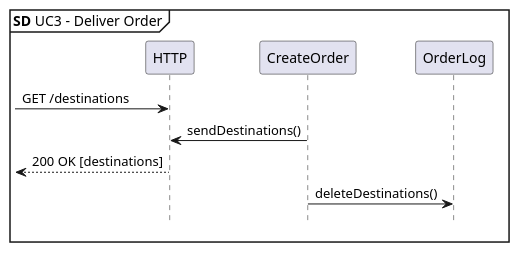
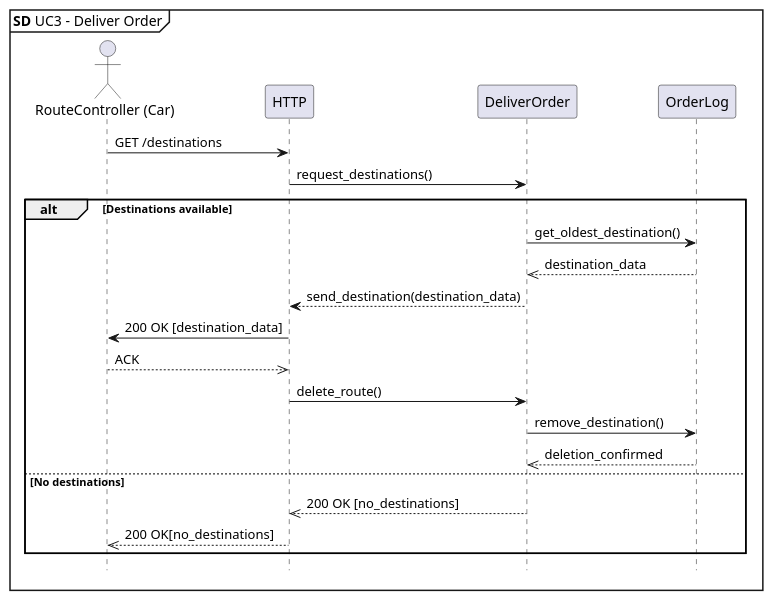
The diagram in docs/diagrams/Plantuml/apModel/uc3sd-server.puml (lineklemensen/PRJ3), drawn with PlantUML before and after one commit. The commit also changed 6 other files, not shown here.

```diff
--- a/docs/diagrams/Plantuml/apModel/uc3sd-server.puml
+++ b/docs/diagrams/Plantuml/apModel/uc3sd-server.puml
@@ -1,15 +1,31 @@
 @startuml SD UC3 - Deliver Order
 
 mainframe **SD** UC3 - Deliver Order
 hide footbox
 
+actor "RouteController (Car)" as rc
 participant HTTP
-participant CreateOrder as sco
-participant OrderLog as ol
+participant "DeliverOrder" as s
+participant "OrderLog" as ol
 
-[-> HTTP : GET /destinations
-sco -> HTTP : sendDestinations()
-[<-- HTTP : 200 OK [destinations]
-sco -> ol : deleteDestinations()
+' Car requests destinations
+rc -> HTTP : GET /destinations
+HTTP -> s : request_destinations()
+alt Destinations available
+    s -> ol : get_oldest_destination()
+    ol -->> s : destination_data
+    s --> HTTP : send_destination(destination_data)
+    HTTP -> rc : 200 OK [destination_data]
+
+    ' Car deletes route after receiving
+    rc -->> HTTP : ACK
+    HTTP -> s : delete_route()
+    s -> ol : remove_destination()
+    ol -->> s : deletion_confirmed
+
+else No destinations
+    s -->> HTTP : 200 OK [no_destinations]
+    HTTP -->> rc : 200 OK[no_destinations]
+end
 
 @enduml
```
